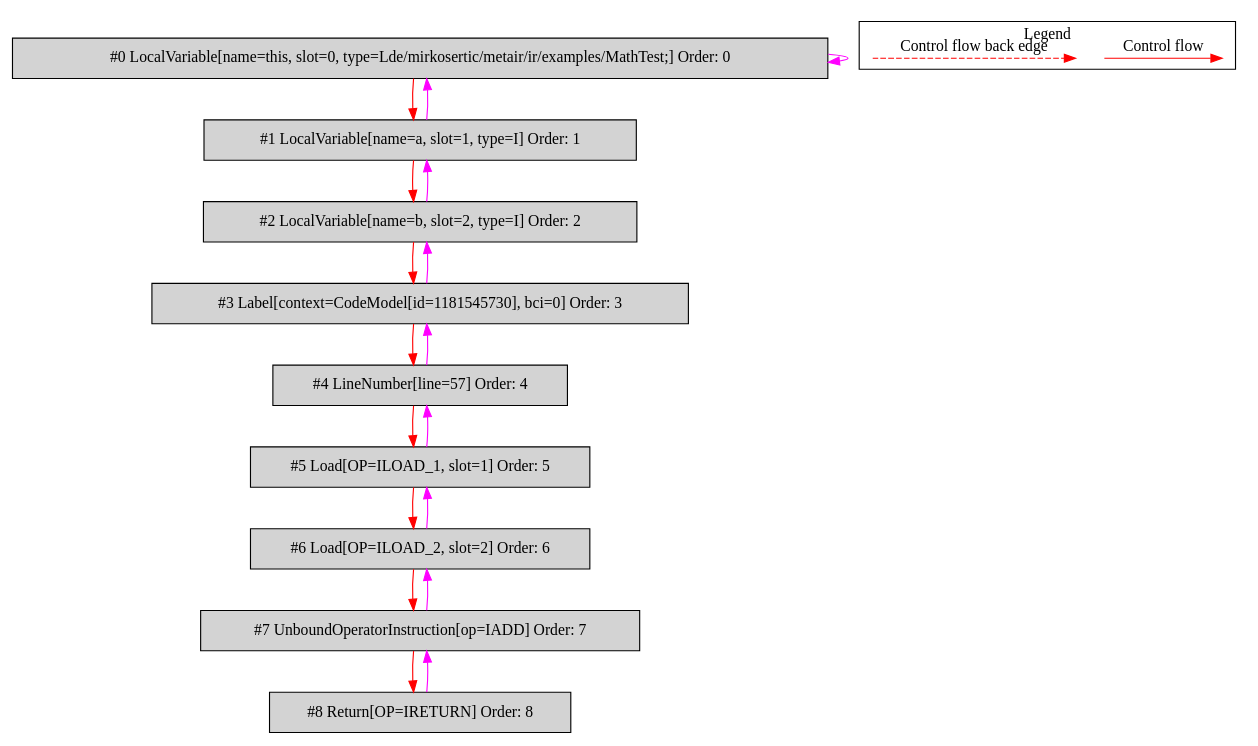
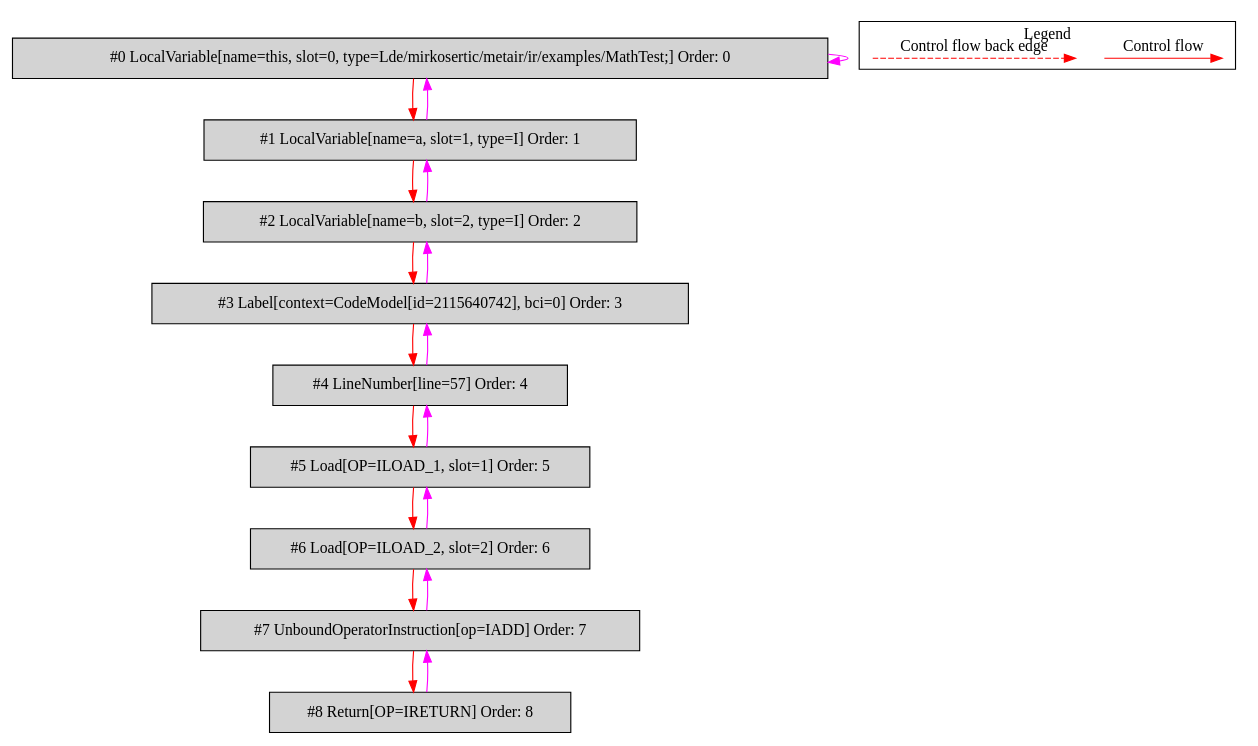
The diagram in de.mirkosertic.metair.ir.examples.MathTest/iadd/bytecodecfg.dot (mirkosertic/MetaIR), drawn with Graphviz before and after one commit. The commit also changed 1370 other files, not shown here.

```diff
--- a/de.mirkosertic.metair.ir.examples.MathTest/iadd/bytecodecfg.dot
+++ b/de.mirkosertic.metair.ir.examples.MathTest/iadd/bytecodecfg.dot
@@ -1,43 +1,43 @@
 digraph {
  ordering="in";
  node0[label="#0 LocalVariable[name=this, slot=0, type=Lde/mirkosertic/metair/ir/examples/MathTest;] Order: 0", shape=box, fillcolor=lightgrey, style=filled];
  node1[label="#1 LocalVariable[name=a, slot=1, type=I] Order: 1", shape=box, fillcolor=lightgrey, style=filled];
  node2[label="#2 LocalVariable[name=b, slot=2, type=I] Order: 2", shape=box, fillcolor=lightgrey, style=filled];
- node3[label="#3 Label[context=CodeModel[id=1181545730], bci=0] Order: 3", shape=box, fillcolor=lightgrey, style=filled];
+ node3[label="#3 Label[context=CodeModel[id=2115640742], bci=0] Order: 3", shape=box, fillcolor=lightgrey, style=filled];
  node4[label="#4 LineNumber[line=57] Order: 4", shape=box, fillcolor=lightgrey, style=filled];
  node5[label="#5 Load[OP=ILOAD_1, slot=1] Order: 5", shape=box, fillcolor=lightgrey, style=filled];
  node6[label="#6 Load[OP=ILOAD_2, slot=2] Order: 6", shape=box, fillcolor=lightgrey, style=filled];
  node7[label="#7 UnboundOperatorInstruction[op=IADD] Order: 7", shape=box, fillcolor=lightgrey, style=filled];
  node8[label="#8 Return[OP=IRETURN] Order: 8", shape=box, fillcolor=lightgrey, style=filled];
  node0 -> node0[color=fuchsia];
  node0 -> node1[color=red];
  node1 -> node0[color=fuchsia];
  node1 -> node2[color=red];
  node2 -> node1[color=fuchsia];
  node2 -> node3[color=red];
  node3 -> node2[color=fuchsia];
  node3 -> node4[color=red];
  node4 -> node3[color=fuchsia];
  node4 -> node5[color=red];
  node5 -> node4[color=fuchsia];
  node5 -> node6[color=red];
  node6 -> node5[color=fuchsia];
  node6 -> node7[color=red];
  node7 -> node6[color=fuchsia];
  node7 -> node8[color=red];
  node8 -> node7[color=fuchsia];
  subgraph cluster_000 {
   label = "Legend";
   node [shape=point]
   {
    rank=same;
    c0 [style = invis];
    c1 [style = invis];
    c2 [style = invis];
    c3 [style = invis];
   }
   c0 -> c1 [label="Control flow", style=solid, color=red]
   c2 -> c3 [label="Control flow back edge", style=dashed, color=red]
  }
 
 }
```
